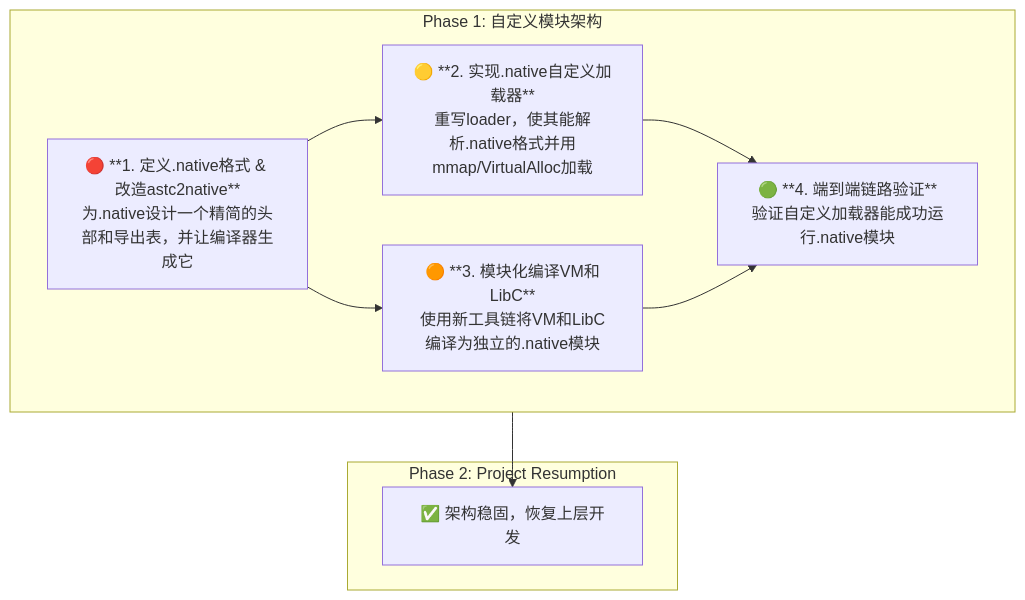
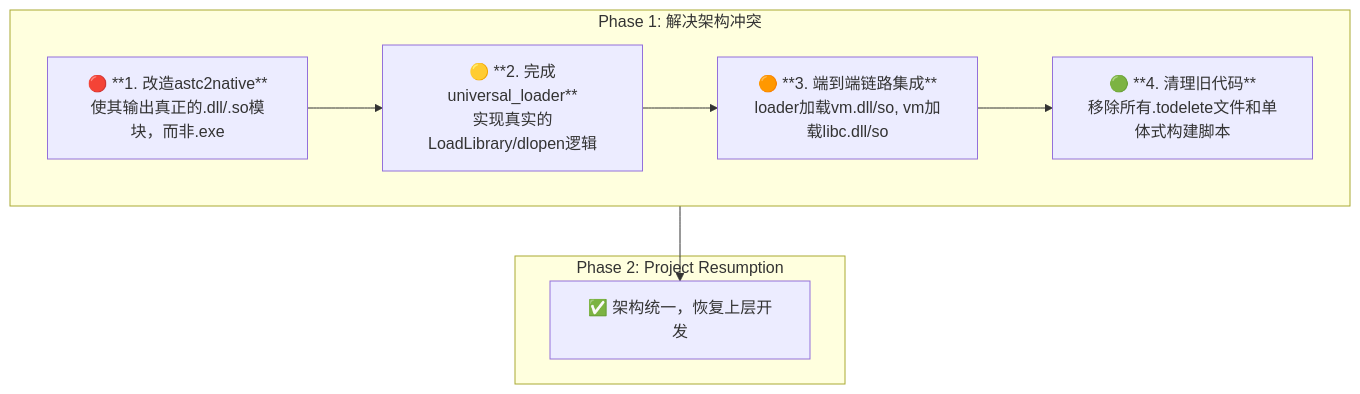
The diagram in docs/cursor.md (wanjochan/self-evolve-ai), drawn with Mermaid before and after one commit. The commit also changed other lines of this file and 51 other files, not shown here.

````diff
--- a/docs/cursor.md
+++ b/docs/cursor.md
@@ -10,28 +14,27 @@
 ```mermaid
 graph TD
-    subgraph "Phase 1: 自定义模块架构"
+    subgraph "Phase 1: 解决架构冲突"
         direction LR
         
-        P1A["🔴 **1. 定义.native格式 & 改造astc2native**<br/>为.native设计一个精简的头部和导出表，并让编译器生成它"]
-        P1B["🟡 **2. 实现.native自定义加载器**<br/>重写loader，使其能解析.native格式并用mmap/VirtualAlloc加载"]
-        P1C["🟠 **3. 模块化编译VM和LibC**<br/>使用新工具链将VM和LibC编译为独立的.native模块"]
-        P1D["🟢 **4. 端到端链路验证**<br/>验证自定义加载器能成功运行.native模块"]
+        P1A["🔴 **1. 改造astc2native**<br/>使其输出真正的.dll/.so模块，而非.exe"]
+        P1B["🟡 **2. 完成universal_loader**<br/>实现真实的LoadLibrary/dlopen逻辑"]
+        P1C["🟠 **3. 端到端链路集成**<br/>loader加载vm.dll/so, vm加载libc.dll/so"]
+        P1D["🟢 **4. 清理旧代码**<br/>移除所有.todelete文件和单体式构建脚本"]
         
         P1A --> P1B
-        P1A --> P1C
-        P1B --> P1D
+        P1B --> P1C
         P1C --> P1D
     end
 
     subgraph "Phase 2: Project Resumption"
-        P2["✅ 架构稳固，恢复上层开发"]
+        P2["✅ 架构统一，恢复上层开发"]
     end
     
     P1D --> P2
 
     classDef P1A fill:#d63031,stroke:#d63031,color:white;
     classDef P1B fill:#fdcb6e,stroke:#fdcb6e;
-    classDef P1C fill:#e84393,stroke:#e84393,color:white;
-    classDef P1D fill:#00b894,stroke:#00b894,color:white;
+    classDef P1C fill:#00b894,stroke:#00b894,color:white;
+    classDef P1D fill:#636e72,stroke:#636e72,color:white;
     classDef P2 fill:#0984e3,stroke:#0984e3,color:white;
 ```
````
